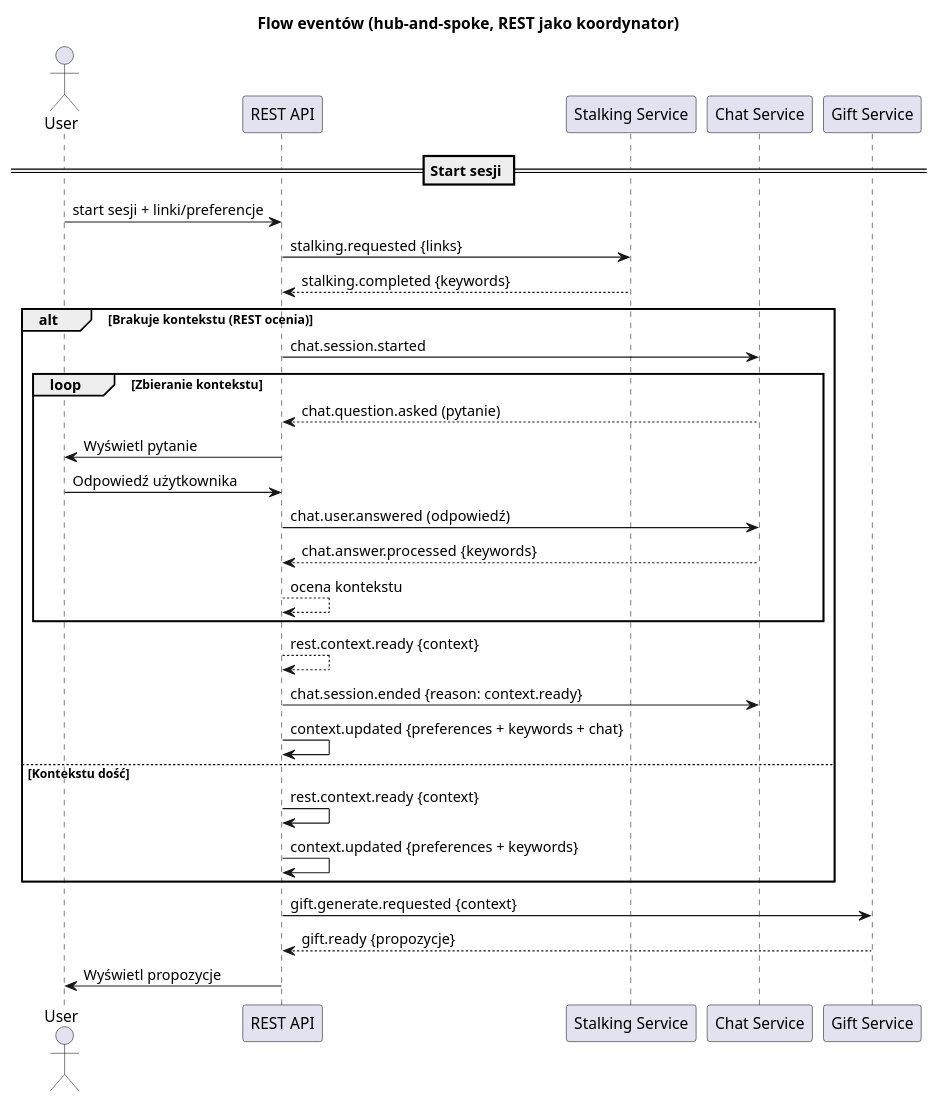
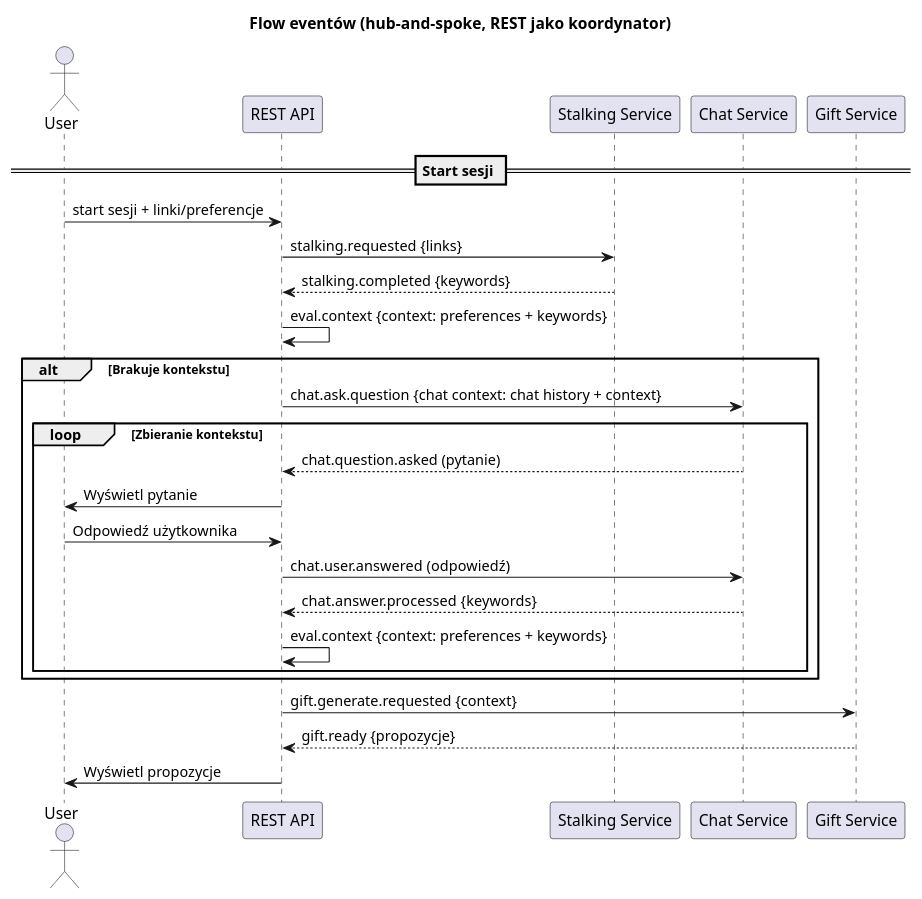
One commit to Generacja-Cuzi/ai-present-finder changed the diagram in sequence_diagram/diagram.puml. Above: the diagram before and after it, drawn with PlantUML. The commit also changed 2 other files, not shown here.

Commit message:
feat: simplification of restapi and chat flow

```diff
--- a/sequence_diagram/diagram.puml
+++ b/sequence_diagram/diagram.puml
@@ -1,38 +1,34 @@
 @startuml sequence_diagram
 title Flow eventów (hub-and-spoke, REST jako koordynator)
 
 actor User as U
 participant "REST API" as REST
 participant "Stalking Service" as STALK
 participant "Chat Service" as CHAT
 participant "Gift Service" as GIFT
 
 == Start sesji ==
 U -> REST: start sesji + linki/preferencje
 REST -> STALK: stalking.requested {links}
 
 STALK --> REST: stalking.completed {keywords}
 
-alt Brakuje kontekstu (REST ocenia)
-  REST -> CHAT: chat.session.started
+REST -> REST: eval.context {context: preferences + keywords}
+
+alt Brakuje kontekstu
+  REST -> CHAT: chat.ask.question {chat context: chat history + context}
   loop Zbieranie kontekstu
     CHAT --> REST: chat.question.asked (pytanie)
     REST -> U: Wyświetl pytanie
     U -> REST: Odpowiedź użytkownika
     REST -> CHAT: chat.user.answered (odpowiedź)
     CHAT --> REST: chat.answer.processed {keywords}
-    REST --> REST: ocena kontekstu
+    REST -> REST: eval.context {context: preferences + keywords}
   end
-  REST --> REST: rest.context.ready {context}
-  REST -> CHAT: chat.session.ended {reason: context.ready}
-  REST -> REST: context.updated {preferences + keywords + chat}
-else Kontekstu dość
-  REST -> REST: rest.context.ready {context}
-  REST -> REST: context.updated {preferences + keywords}
 end
 
 REST -> GIFT: gift.generate.requested {context}
 GIFT --> REST: gift.ready {propozycje}
 REST -> U: Wyświetl propozycje
 
 @enduml
```
